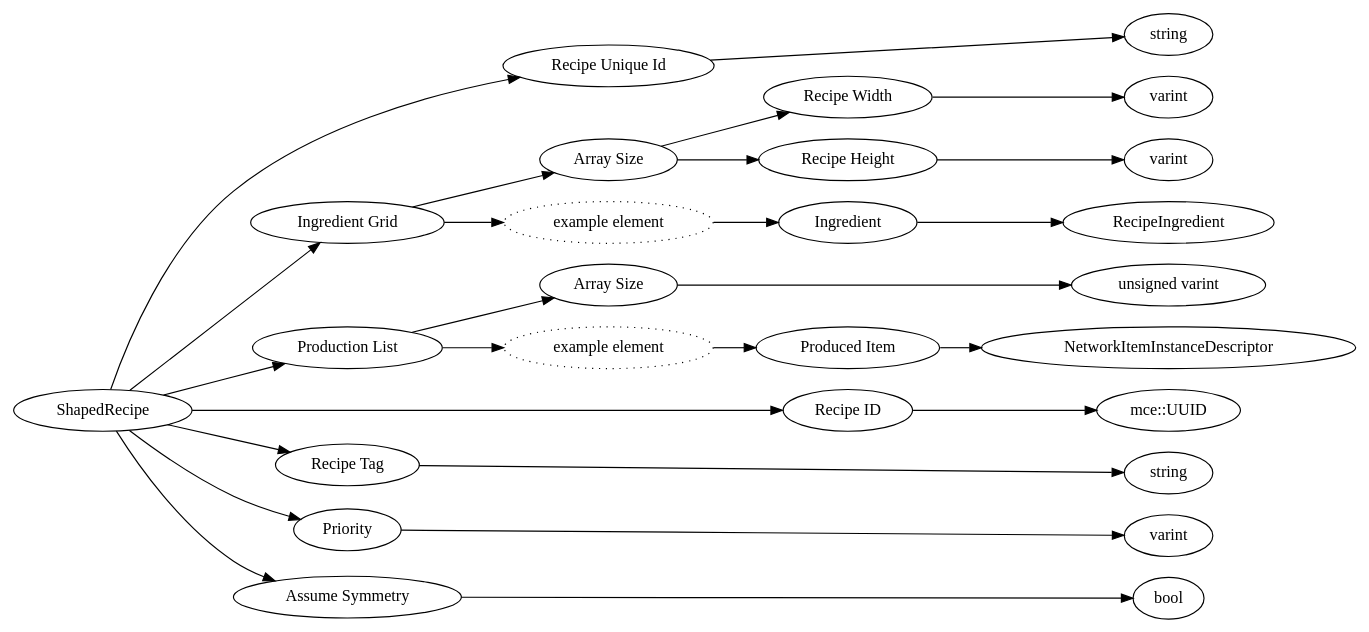
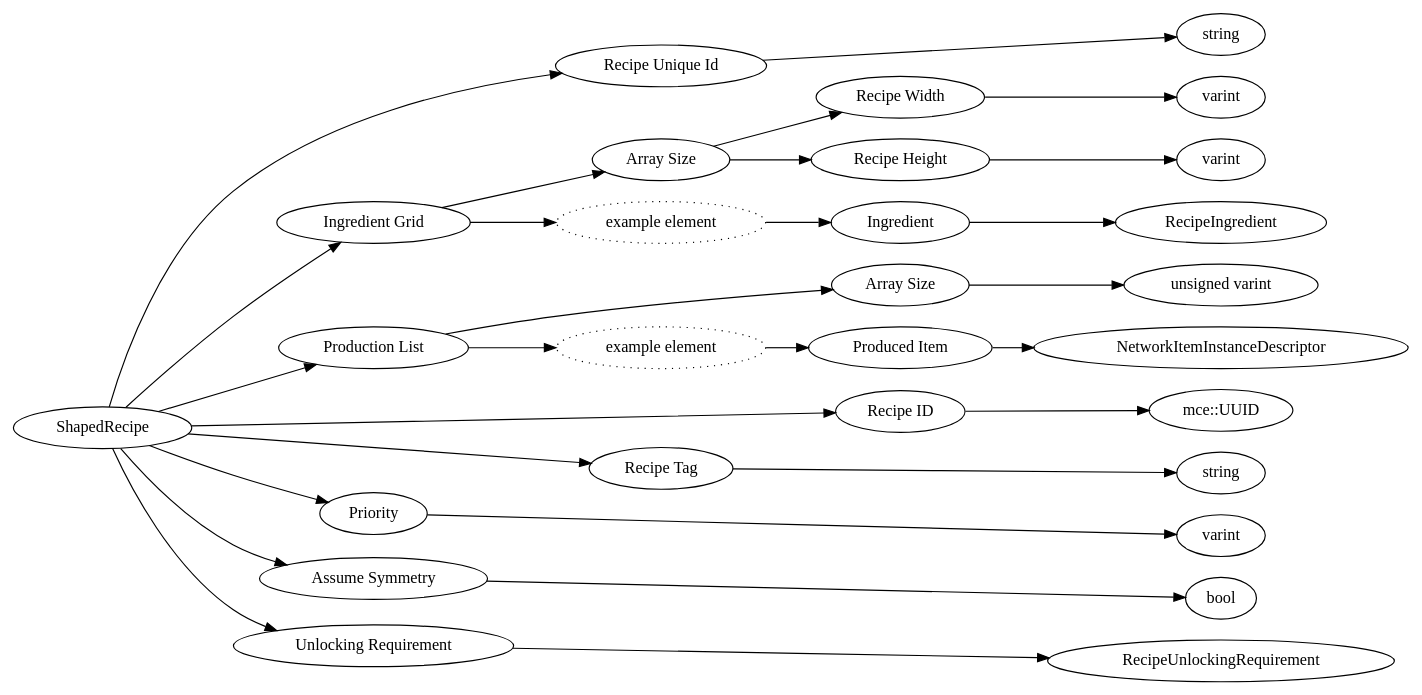
Before and after one commit to MiemieMethod/bedrock-docs-generator: the diagram in assets/protocols/dot/ShapedRecipe.dot, drawn with Graphviz. The commit also changed 712 other files, not shown here.

```diff
--- a/assets/protocols/dot/ShapedRecipe.dot
+++ b/assets/protocols/dot/ShapedRecipe.dot
@@ -1,58 +1,62 @@
 digraph "ShapedRecipe" {
 rankdir = LR
 6
 6 -> 7
 7 -> 8
 6 -> 9
 9 -> 14
 14 -> 10
 10 -> 11
 14 -> 12
 12 -> 13
 9 -> 15
 15 -> 16
 16 -> 17
 6 -> 18
 18 -> 19
 19 -> 20
 18 -> 21
 21 -> 22
 22 -> 23
 6 -> 24
 24 -> 25
 6 -> 26
 26 -> 27
 6 -> 28
 28 -> 29
 6 -> 30
 30 -> 31
+6 -> 32
+32 -> 33
 
 6 [label="ShapedRecipe",comment="name: \"ShapedRecipe\", typeName: \"\", id: 6, branchId: 0, recurseId: -1, attributes: 0, notes: \"\""];
 7 [label="Recipe Unique Id",comment="name: \"Recipe Unique Id\", typeName: \"\", id: 7, branchId: 0, recurseId: -1, attributes: 0, notes: \"\""];
 8 [label="string",comment="name: \"string\", typeName: \"\", id: 8, branchId: 0, recurseId: -1, attributes: 512, notes: \"\""];
 9 [label="Ingredient Grid",comment="name: \"Ingredient Grid\", typeName: \"\", id: 9, branchId: 0, recurseId: -1, attributes: 8, notes: \"\""];
 14 [label="Array Size",comment="name: \"Array Size\", typeName: \"\", id: 14, branchId: 0, recurseId: -1, attributes: 0, notes: \"\""];
 10 [label="Recipe Width",comment="name: \"Recipe Width\", typeName: \"\", id: 10, branchId: 0, recurseId: -1, attributes: 0, notes: \"\""];
 11 [label="varint",comment="name: \"varint\", typeName: \"\", id: 11, branchId: 0, recurseId: -1, attributes: 512, notes: \"\""];
 12 [label="Recipe Height",comment="name: \"Recipe Height\", typeName: \"\", id: 12, branchId: 0, recurseId: -1, attributes: 0, notes: \"\""];
 13 [label="varint",comment="name: \"varint\", typeName: \"\", id: 13, branchId: 0, recurseId: -1, attributes: 512, notes: \"\""];
 15 [label="example element",style=dotted,comment="name: \"example element\", typeName: \"\", id: 15, branchId: 0, recurseId: -1, attributes: 16, notes: \"\""];
 16 [label="Ingredient",comment="name: \"Ingredient\", typeName: \"RecipeIngredient\", id: 16, branchId: 0, recurseId: -1, attributes: 256, notes: \"\""];
 17 [label="RecipeIngredient",comment="name: \"RecipeIngredient\", typeName: \"\", id: 17, branchId: 0, recurseId: -1, attributes: 512, notes: \"\""];
 18 [label="Production List",comment="name: \"Production List\", typeName: \"\", id: 18, branchId: 0, recurseId: -1, attributes: 8, notes: \"\""];
 19 [label="Array Size",comment="name: \"Array Size\", typeName: \"\", id: 19, branchId: 0, recurseId: -1, attributes: 0, notes: \"\""];
 20 [label="unsigned varint",comment="name: \"unsigned varint\", typeName: \"\", id: 20, branchId: 0, recurseId: -1, attributes: 512, notes: \"\""];
 21 [label="example element",style=dotted,comment="name: \"example element\", typeName: \"\", id: 21, branchId: 0, recurseId: -1, attributes: 16, notes: \"\""];
 22 [label="Produced Item",comment="name: \"Produced Item\", typeName: \"NetworkItemInstanceDescriptor\", id: 22, branchId: 0, recurseId: -1, attributes: 256, notes: \"\""];
 23 [label="NetworkItemInstanceDescriptor",comment="name: \"NetworkItemInstanceDescriptor\", typeName: \"\", id: 23, branchId: 0, recurseId: -1, attributes: 512, notes: \"\""];
 24 [label="Recipe ID",comment="name: \"Recipe ID\", typeName: \"mce::UUID\", id: 24, branchId: 0, recurseId: -1, attributes: 256, notes: \"\""];
 25 [label="mce::UUID",comment="name: \"mce::UUID\", typeName: \"\", id: 25, branchId: 0, recurseId: -1, attributes: 512, notes: \"\""];
 26 [label="Recipe Tag",comment="name: \"Recipe Tag\", typeName: \"\", id: 26, branchId: 0, recurseId: -1, attributes: 0, notes: \"Available ones: CARTOGRAPHY_TABLE, CRAFTING_TABLE, SMITHING_TABLE, STONECUTTER, FURNACE_TAG, BLAST_FURNACE_TAG, SMOKER_TAG, CAMPFIRE_TAG, SOUL_CAMPFIRE_TAG\""];
 27 [label="string",comment="name: \"string\", typeName: \"\", id: 27, branchId: 0, recurseId: -1, attributes: 512, notes: \"\""];
 28 [label="Priority",comment="name: \"Priority\", typeName: \"\", id: 28, branchId: 0, recurseId: -1, attributes: 0, notes: \"\""];
 29 [label="varint",comment="name: \"varint\", typeName: \"\", id: 29, branchId: 0, recurseId: -1, attributes: 512, notes: \"\""];
 30 [label="Assume Symmetry",comment="name: \"Assume Symmetry\", typeName: \"\", id: 30, branchId: 0, recurseId: -1, attributes: 0, notes: \"\""];
 31 [label="bool",comment="name: \"bool\", typeName: \"\", id: 31, branchId: 0, recurseId: -1, attributes: 512, notes: \"\""];
-{ rank = max;8;11;13;17;20;23;25;27;29;31}
+32 [label="Unlocking Requirement",comment="name: \"Unlocking Requirement\", typeName: \"RecipeUnlockingRequirement\", id: 32, branchId: 0, recurseId: -1, attributes: 256, notes: \"\""];
+33 [label="RecipeUnlockingRequirement",comment="name: \"RecipeUnlockingRequirement\", typeName: \"\", id: 33, branchId: 0, recurseId: -1, attributes: 512, notes: \"\""];
+{ rank = max;8;11;13;17;20;23;25;27;29;31;33}
 
 }
```
